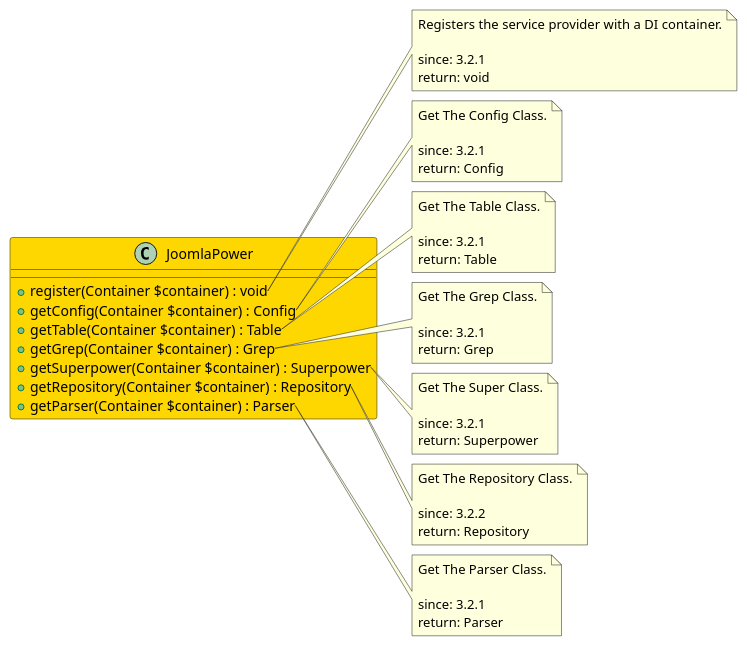
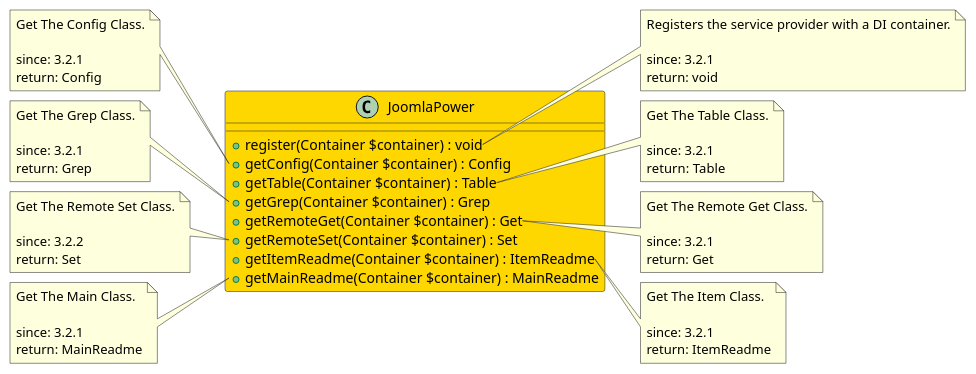
The diagram in src/38e1ca3e-1908-459a-be87-9f83b292058f/README.md (joomengine/jcb-compiler), drawn with PlantUML before and after one commit. The commit also changed other lines of this file and 846 other files, not shown here.

````diff
--- a/src/38e1ca3e-1908-459a-be87-9f83b292058f/README.md
+++ b/src/38e1ca3e-1908-459a-be87-9f83b292058f/README.md
@@ -12,63 +12,71 @@
 ```uml
 @startuml
 class JoomlaPower  #Gold {
   + register(Container $container) : void
   + getConfig(Container $container) : Config
   + getTable(Container $container) : Table
   + getGrep(Container $container) : Grep
-  + getSuperpower(Container $container) : Superpower
-  + getRepository(Container $container) : Repository
-  + getParser(Container $container) : Parser
+  + getRemoteGet(Container $container) : Get
+  + getRemoteSet(Container $container) : Set
+  + getItemReadme(Container $container) : ItemReadme
+  + getMainReadme(Container $container) : MainReadme
 }
 
 note right of JoomlaPower::register
   Registers the service provider with a DI container.
 
   since: 3.2.1
   return: void
 end note
 
-note right of JoomlaPower::getConfig
+note left of JoomlaPower::getConfig
   Get The Config Class.
 
   since: 3.2.1
   return: Config
 end note
 
 note right of JoomlaPower::getTable
   Get The Table Class.
 
   since: 3.2.1
   return: Table
 end note
 
-note right of JoomlaPower::getGrep
+note left of JoomlaPower::getGrep
   Get The Grep Class.
 
   since: 3.2.1
   return: Grep
 end note
 
-note right of JoomlaPower::getSuperpower
-  Get The Super Class.
+note right of JoomlaPower::getRemoteGet
+  Get The Remote Get Class.
 
   since: 3.2.1
-  return: Superpower
+  return: Get
 end note
 
-note right of JoomlaPower::getRepository
-  Get The Repository Class.
+note left of JoomlaPower::getRemoteSet
+  Get The Remote Set Class.
 
   since: 3.2.2
-  return: Repository
+  return: Set
 end note
 
-note right of JoomlaPower::getParser
-  Get The Parser Class.
+note right of JoomlaPower::getItemReadme
+  Get The Item Class.
 
   since: 3.2.1
-  return: Parser
+  return: ItemReadme
+end note
+
+note left of JoomlaPower::getMainReadme
+  Get The Main Class.
+
+  since: 3.2.1
+  return: MainReadme
 end note
  
 @enduml
 ```
````
